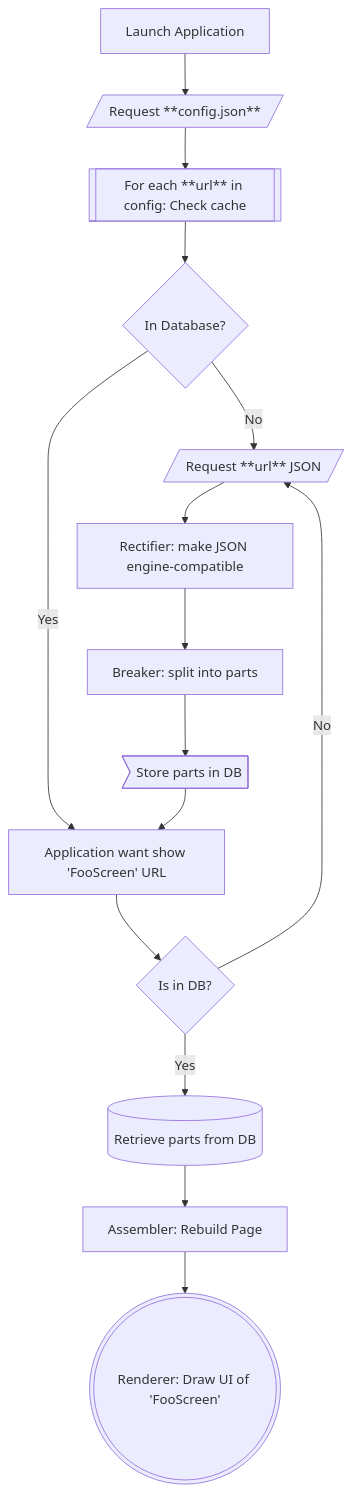
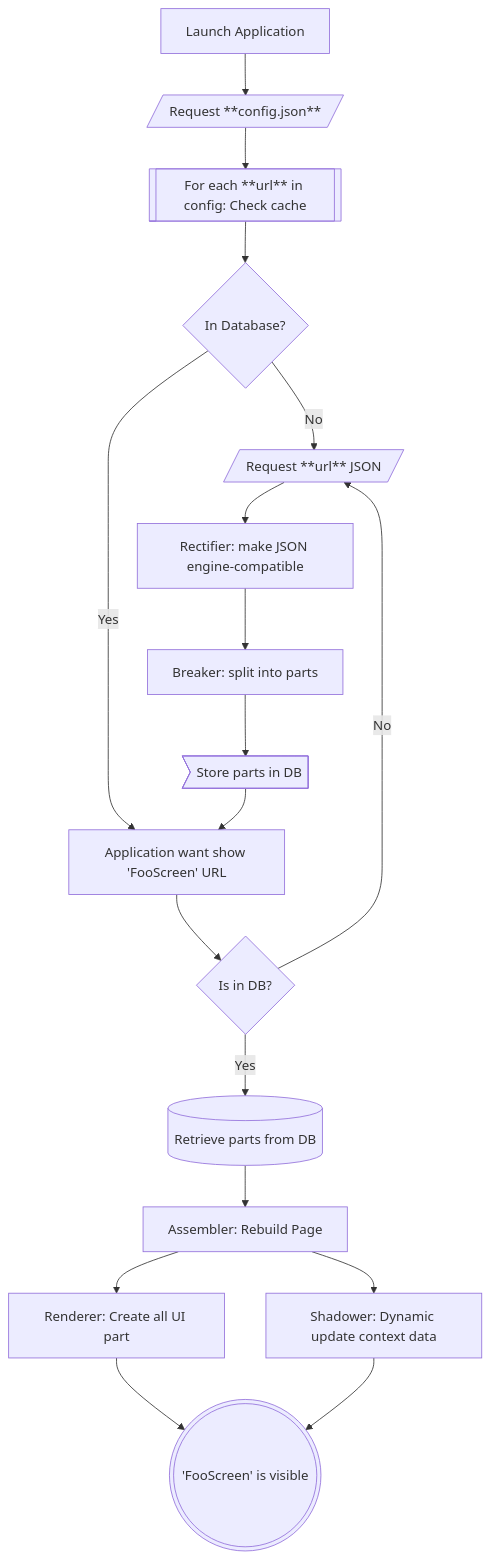
Before and after one commit to by-tezov/tuucho: the diagram in mkdocs/docs/index.md, drawn with Mermaid. The commit also changed other lines of this file and 239 other files, not shown here.

````diff
--- a/mkdocs/docs/index.md
+++ b/mkdocs/docs/index.md
@@ -55,17 +59,20 @@
 ```mermaid
 flowchart TD
   A[Launch Application] --> B[/Request **config.json**/]
   B --> C[[For each **url** in config: Check cache]]
   C --> C1{In Database?}
   C1 -- No --> D[/Request **url** JSON/]
   D --> E[Rectifier: make JSON engine-compatible]
   E --> F[Breaker: split into parts]
   F --> G>Store parts in DB]
   C1 -- Yes --> H
   G --> H[Application want show 'FooScreen' URL]
   H --> H1{Is in DB?}
   H1 -- Yes --> I[(Retrieve parts from DB)]
   I --> J[Assembler: Rebuild Page]
-  J --> K(((Renderer: Draw UI of 'FooScreen')))
+  J --> K[Renderer: Create all UI part]
+  K --> L((('FooScreen' is visible)))
   H1 -- No --> D
+  J --> S[Shadower: Dynamic update context data]
+  S --> L
 ```
````
